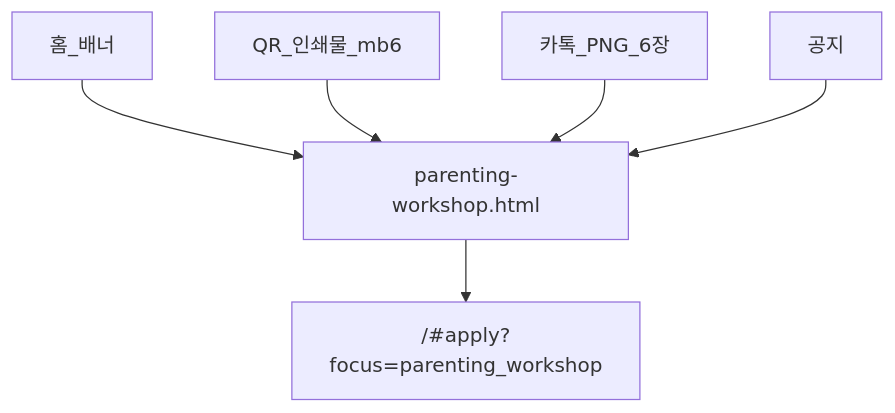
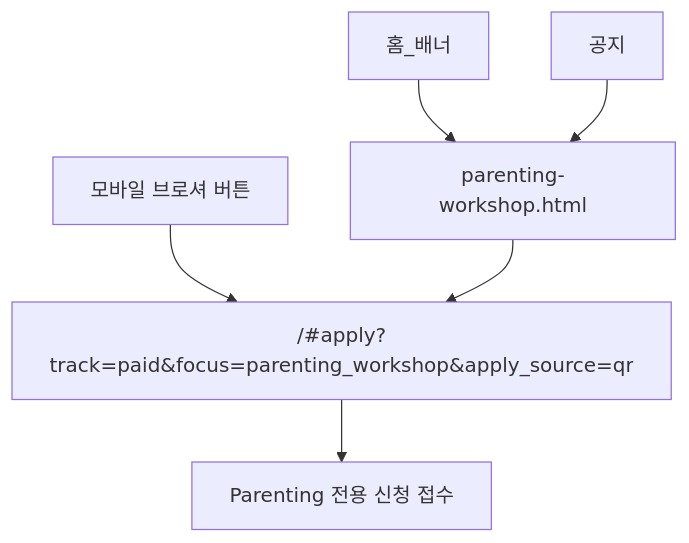
One commit to Jamiewsm/ER-Website changed the diagram in docs/projects/parents-brochure/FUNNEL.md. Above: the diagram before and after it, drawn with Mermaid. The commit also changed other lines of this file and 6 other files, not shown here.

Commit message:
feat(parenting): make brochure link a focused application flow

````diff
--- a/docs/projects/parents-brochure/FUNNEL.md
+++ b/docs/projects/parents-brochure/FUNNEL.md
@@ -3,8 +3,8 @@
 ```mermaid
 flowchart TD
   popup[홈_배너] --> landing[parenting-workshop.html]
-  qr[QR_인쇄물_mb6] --> landing
-  kakao[카톡_PNG_6장] --> landing
+  pdf["모바일 브로셔 버튼"] --> apply["/#apply?track=paid&focus=parenting_workshop&apply_source=qr"]
   site[공지] --> landing
-  landing --> apply["/#apply?focus=parenting_workshop"]
+  landing --> apply
+  apply --> submit["Parenting 전용 신청 접수"]
 ```
````
